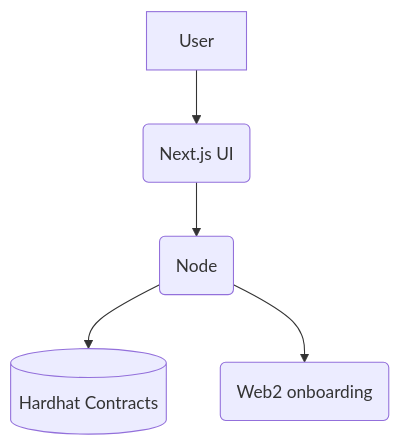
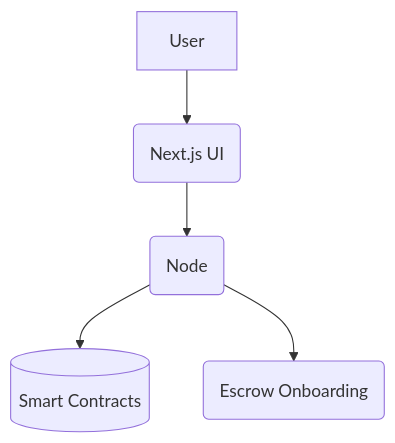
One commit to elshaddaioheha/0hehaebib1 changed the third of 5 diagrams in PROFILE_README.md. Above: the diagram before and after it, drawn with Mermaid. The commit also changed other lines of this file and 16 other files, not shown here.

````diff
--- a/PROFILE_README.md
+++ b/PROFILE_README.md
@@ -56,7 +55,7 @@
 ```mermaid
 graph TD;
   User-->UI(Next.js UI);
   UI-->Svc(Node);
-  Svc-->Contracts[(Hardhat Contracts)];
-  Svc-->Auth(Web2 onboarding);
+  Svc-->Contracts[(Smart Contracts)];
+  Svc-->Auth(Escrow Onboarding);
 ```
````
